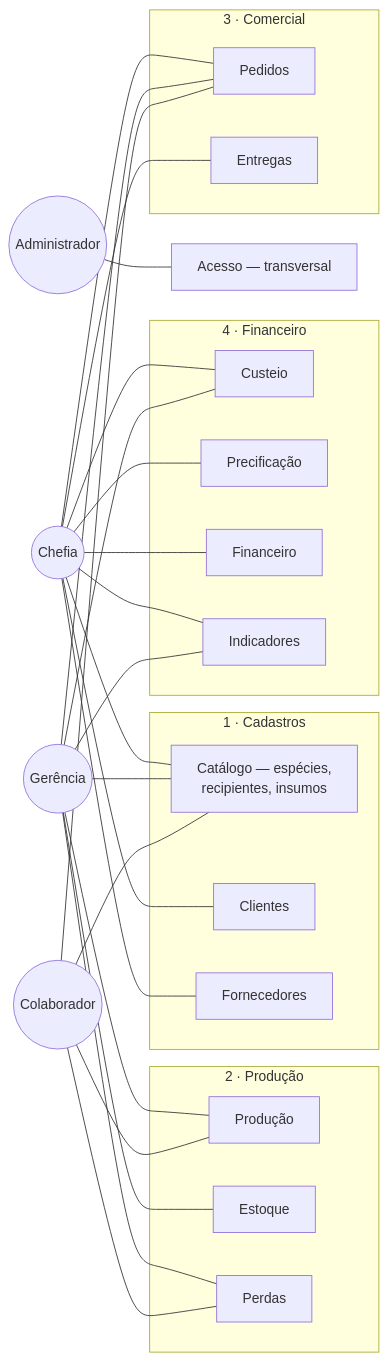
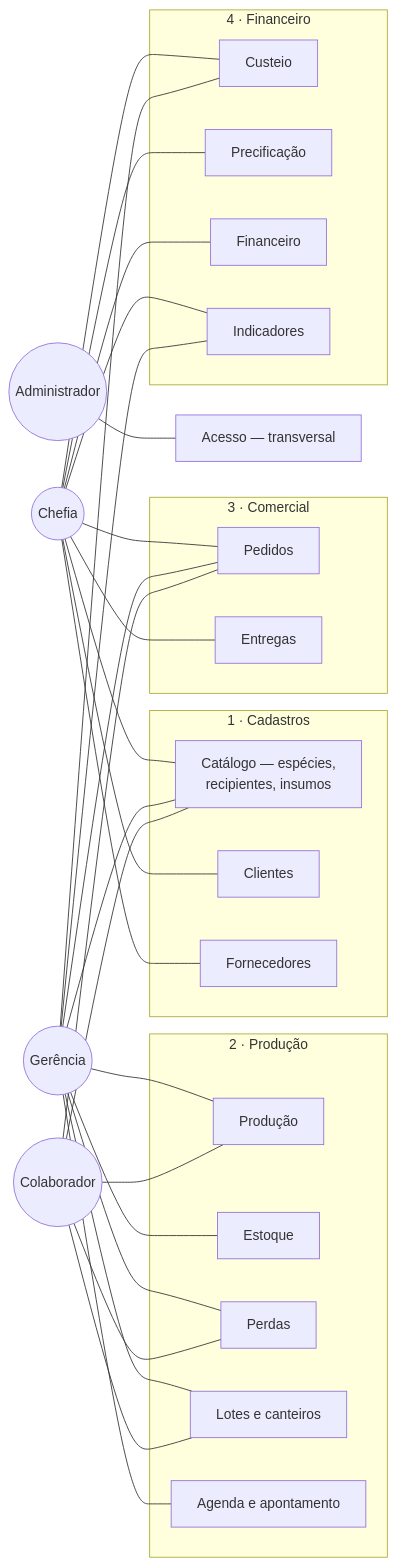
Before and after one commit to JoaoMudar/mudar: the first of 5 diagrams in docs/engenharia/C-modelagem/C1-diagrama-casos-de-uso.md, drawn with Mermaid. The commit also changed other lines of this file and 103 other files, not shown here.

````diff
--- a/docs/engenharia/C-modelagem/C1-diagrama-casos-de-uso.md
+++ b/docs/engenharia/C-modelagem/C1-diagrama-casos-de-uso.md
@@ -40,54 +40,59 @@
 ```mermaid
 graph LR
   CH(("Chefia"))
   GE(("Gerência"))
   CO(("Colaborador"))
   AD(("Administrador"))
 
   subgraph M1["1 · Cadastros"]
     S13["Catálogo &mdash; espécies,<br/>recipientes, insumos"]
     S6["Clientes"]
     S9["Fornecedores"]
   end
   subgraph M2["2 · Produção"]
     S2["Produção"]
     S3["Estoque"]
     S4["Perdas"]
+    S14["Lotes e canteiros"]
+    S15["Agenda e apontamento"]
   end
   subgraph M3["3 · Comercial"]
     S7["Pedidos"]
     S8["Entregas"]
   end
   subgraph M4["4 · Financeiro"]
     S1["Custeio"]
     S5["Precificação"]
     S10["Financeiro"]
     S11["Indicadores"]
   end
   S12["Acesso &mdash; transversal"]
 
   CH --- S13
   CH --- S1
   CH --- S5
   CH --- S6
   CH --- S7
   CH --- S8
   CH --- S9
   CH --- S10
   CH --- S11
 
   GE --- S13
   GE --- S1
   GE --- S2
   GE --- S3
   GE --- S4
   GE --- S7
   GE --- S11
+  GE --- S14
+  GE --- S15
 
   CO --- S13
   CO --- S2
   CO --- S4
   CO --- S7
+  CO --- S14
 
   AD --- S12
 ```
````
